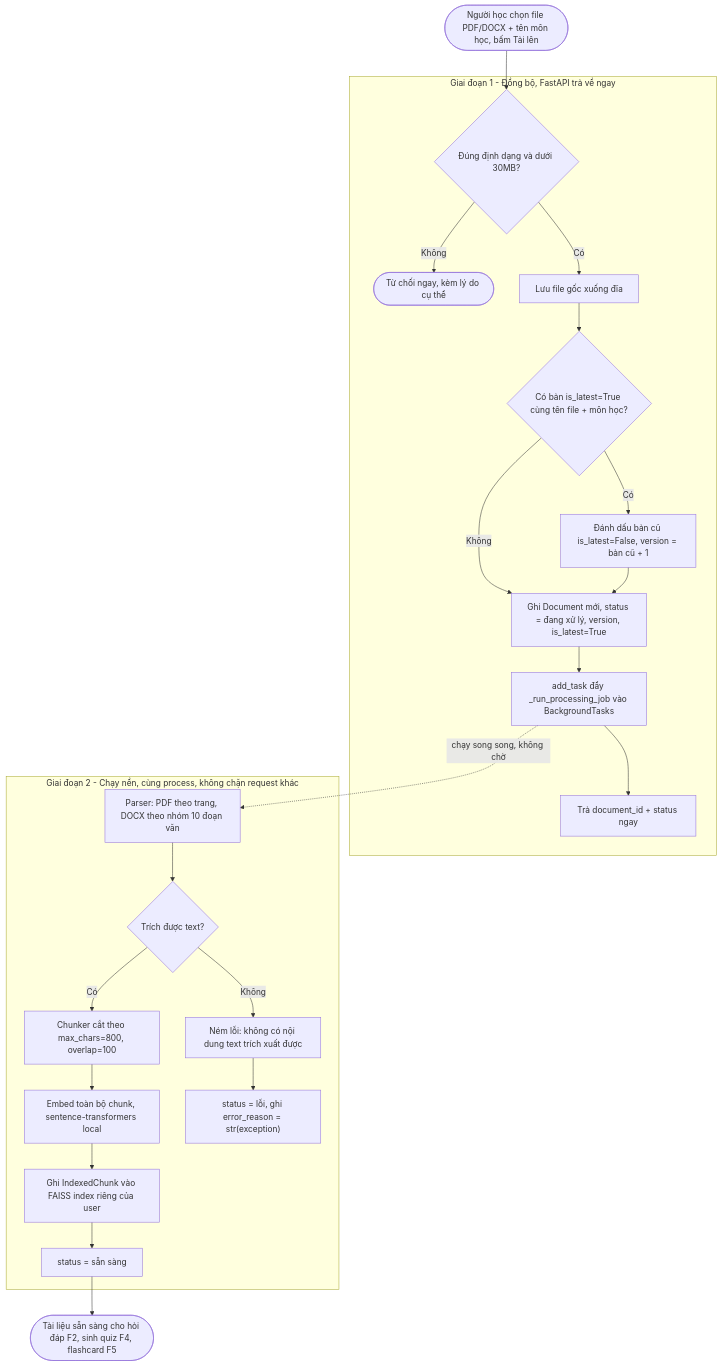
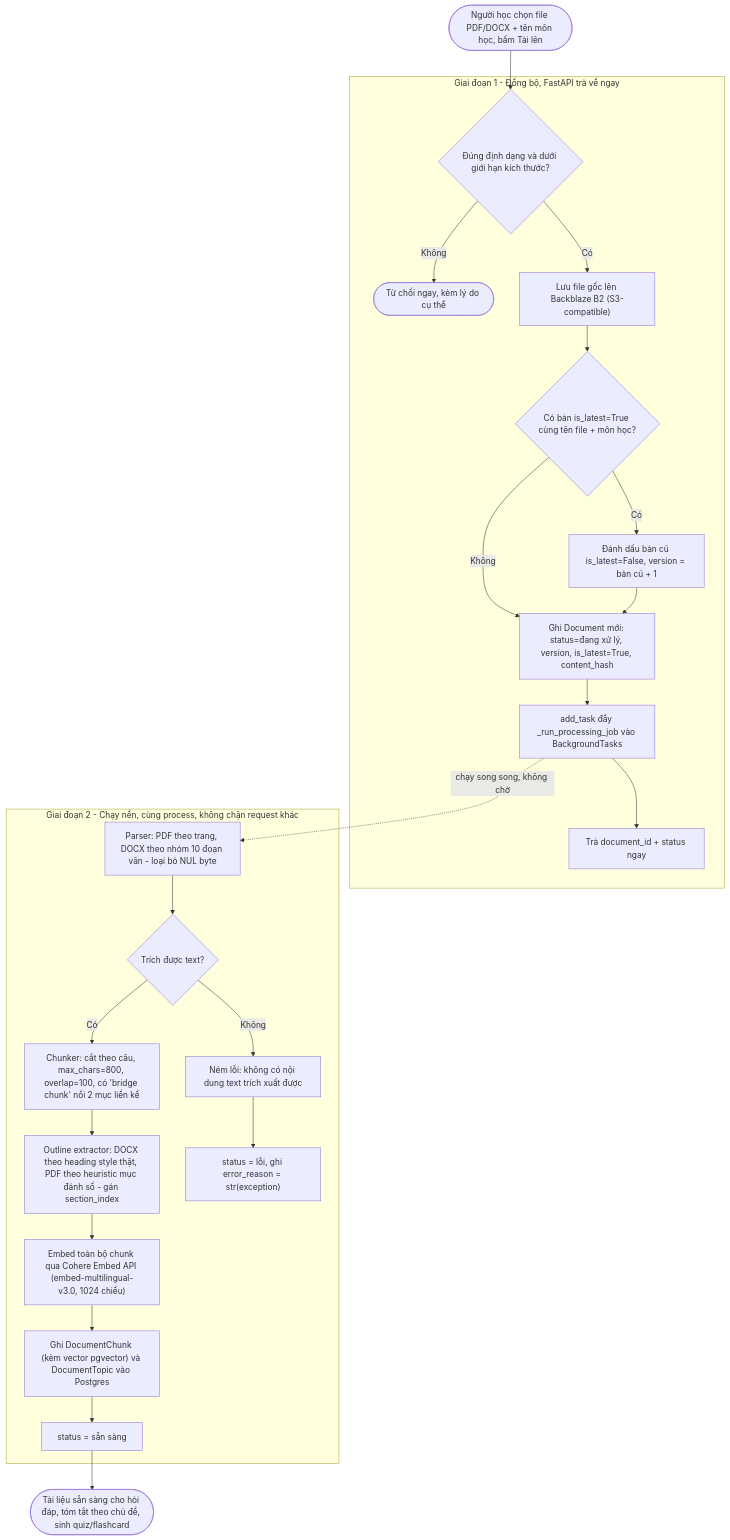
One commit to Thaihoangbach/LearningAssistant changed the third of 12 diagrams in docs/architecture-diagrams.md. Above: the diagram before and after it, drawn with Mermaid. The commit also changed other lines of this file and 25 other files, not shown here.

First line of the commit message:
fix: sua has_unresolved_reference qua tay, cai thien outline heading, cap nhat eval len v1

````diff
--- a/docs/architecture-diagrams.md
+++ b/docs/architecture-diagrams.md
@@ -191,47 +226,49 @@
 ```mermaid
 flowchart TB
     START(["Người học chọn file PDF/DOCX + tên môn học, bấm Tải lên"])
 
     subgraph dongbo["Giai đoạn 1 - Đồng bộ, FastAPI trả về ngay"]
-        A1{"Đúng định dạng và dưới 30MB?"}
+        A1{"Đúng định dạng và dưới giới hạn kích thước?"}
         REJECT(["Từ chối ngay, kèm lý do cụ thể"])
-        A2["Lưu file gốc xuống đĩa"]
+        A2["Lưu file gốc lên Backblaze B2 (S3-compatible)"]
         A3{"Có bản is_latest=True cùng tên file + môn học?"}
         A4["Đánh dấu bản cũ is_latest=False, version = bản cũ + 1"]
-        A5["Ghi Document mới, status = đang xử lý, version, is_latest=True"]
+        A5["Ghi Document mới: status=đang xử lý, version, is_latest=True, content_hash"]
         A6["add_task đẩy _run_processing_job vào BackgroundTasks"]
         A7["Trả document_id + status ngay"]
     end
 
     subgraph nen["Giai đoạn 2 - Chạy nền, cùng process, không chặn request khác"]
-        B1["Parser: PDF theo trang, DOCX theo nhóm 10 đoạn văn"]
+        B1["Parser: PDF theo trang, DOCX theo nhóm 10 đoạn văn - loại bỏ NUL byte"]
         B2{"Trích được text?"}
         B2FAIL["Ném lỗi: không có nội dung text trích xuất được"]
-        B3["Chunker cắt theo max_chars=800, overlap=100"]
-        B4["Embed toàn bộ chunk, sentence-transformers local"]
-        B5["Ghi IndexedChunk vào FAISS index riêng của user"]
-        B6["status = sẵn sàng"]
-        B7["status = lỗi, ghi error_reason = str(exception)"]
+        B3["Chunker: cắt theo câu, max_chars=800, overlap=100, có 'bridge chunk' nối 2 mục liền kề"]
+        B4["Outline extractor: DOCX theo heading style thật, PDF theo heuristic mục đánh số - gán section_index"]
+        B5["Embed toàn bộ chunk qua Cohere Embed API (embed-multilingual-v3.0, 1024 chiều)"]
+        B6["Ghi DocumentChunk (kèm vector pgvector) và DocumentTopic vào Postgres"]
+        B7["status = sẵn sàng"]
+        B8["status = lỗi, ghi error_reason = str(exception)"]
     end
 
-    READY(["Tài liệu sẵn sàng cho hỏi đáp F2, sinh quiz F4, flashcard F5"])
+    READY(["Tài liệu sẵn sàng cho hỏi đáp, tóm tắt theo chủ đề, sinh quiz/flashcard"])
 
     START --> A1
     A1 -->|"Không"| REJECT
     A1 -->|"Có"| A2
     A2 --> A3
     A3 -->|"Có"| A4
     A3 -->|"Không"| A5
     A4 --> A5
     A5 --> A6
     A6 --> A7
     A6 -.->|"chạy song song, không chờ"| B1
     B1 --> B2
     B2 -->|"Không"| B2FAIL
-    B2FAIL --> B7
+    B2FAIL --> B8
     B2 -->|"Có"| B3
     B3 --> B4
     B4 --> B5
     B5 --> B6
-    B6 --> READY
+    B6 --> B7
+    B7 --> READY
 ```
````
